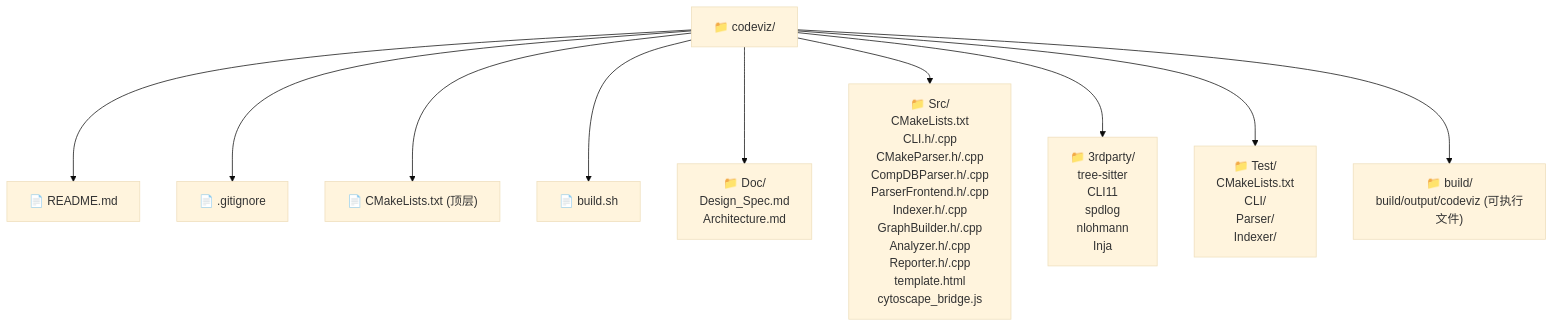
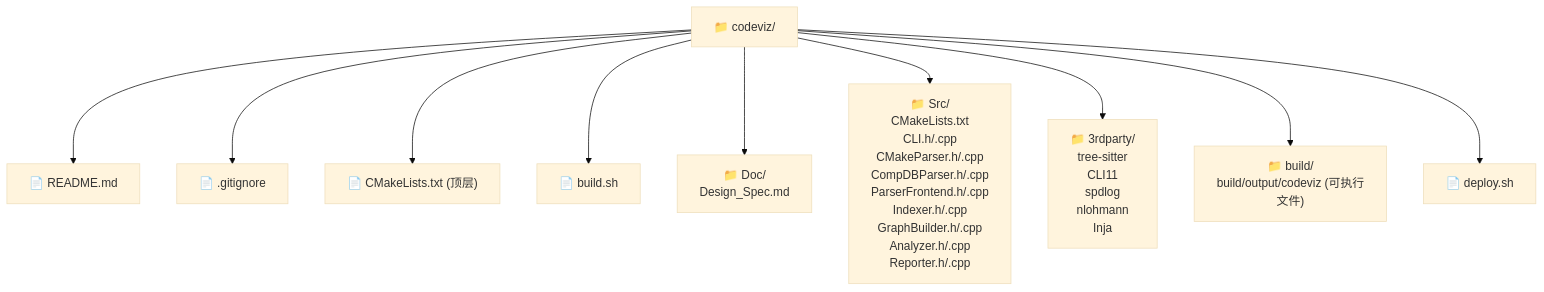
The fifth of 7 diagrams in codeviz/Doc/Code_Visualization_Tool_Design_Spec.md (gzgy-leoyang/codeviz), drawn with Mermaid (base theme) before and after one commit. The commit also changed other lines of this file and 2 other files, not shown here.

````diff
--- a/codeviz/Doc/Code_Visualization_Tool_Design_Spec.md
+++ b/codeviz/Doc/Code_Visualization_Tool_Design_Spec.md
@@ -390,20 +390,20 @@
 ```mermaid
 graph TD
     ROOT["📁 codeviz/"]
     
     ROOT --> R1["📄 README.md"]
     ROOT --> R2["📄 .gitignore"]
     ROOT --> R3["📄 CMakeLists.txt (顶层)"]
     ROOT --> R4["📄 build.sh"]
     
-    ROOT --> D1["📁 Doc/<br>Design_Spec.md<br>Architecture.md"]
+    ROOT --> D1["📁 Doc/<br>Design_Spec.md"]
     
-    ROOT --> S1["📁 Src/<br>CMakeLists.txt<br>CLI.h/.cpp<br>CMakeParser.h/.cpp<br>CompDBParser.h/.cpp<br>ParserFrontend.h/.cpp<br>Indexer.h/.cpp<br>GraphBuilder.h/.cpp<br>Analyzer.h/.cpp<br>Reporter.h/.cpp<br>template.html<br>cytoscape_bridge.js"]
+    ROOT --> S1["📁 Src/<br>CMakeLists.txt<br>CLI.h/.cpp<br>CMakeParser.h/.cpp<br>CompDBParser.h/.cpp<br>ParserFrontend.h/.cpp<br>Indexer.h/.cpp<br>GraphBuilder.h/.cpp<br>Analyzer.h/.cpp<br>Reporter.h/.cpp"]
     
     ROOT --> T1["📁 3rdparty/<br>tree-sitter<br>CLI11<br>spdlog<br>nlohmann<br>Inja"]
     
-    ROOT --> E1["📁 Test/<br>CMakeLists.txt<br>CLI/<br>Parser/<br>Indexer/"]
+    ROOT --> B1["📁 build/<br>build/output/codeviz (可执行文件)"]
     
-    ROOT --> B1["📁 build/<br>build/output/codeviz (可执行文件)"]
+    ROOT --> DP["📄 deploy.sh"]
 
 ```
````
